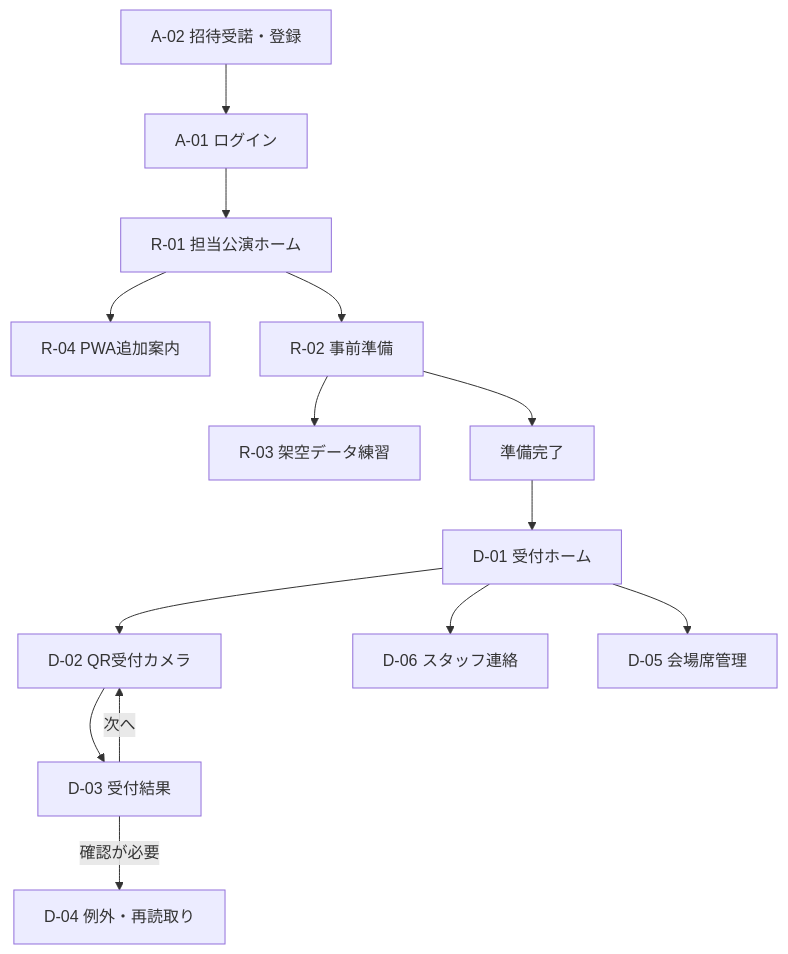
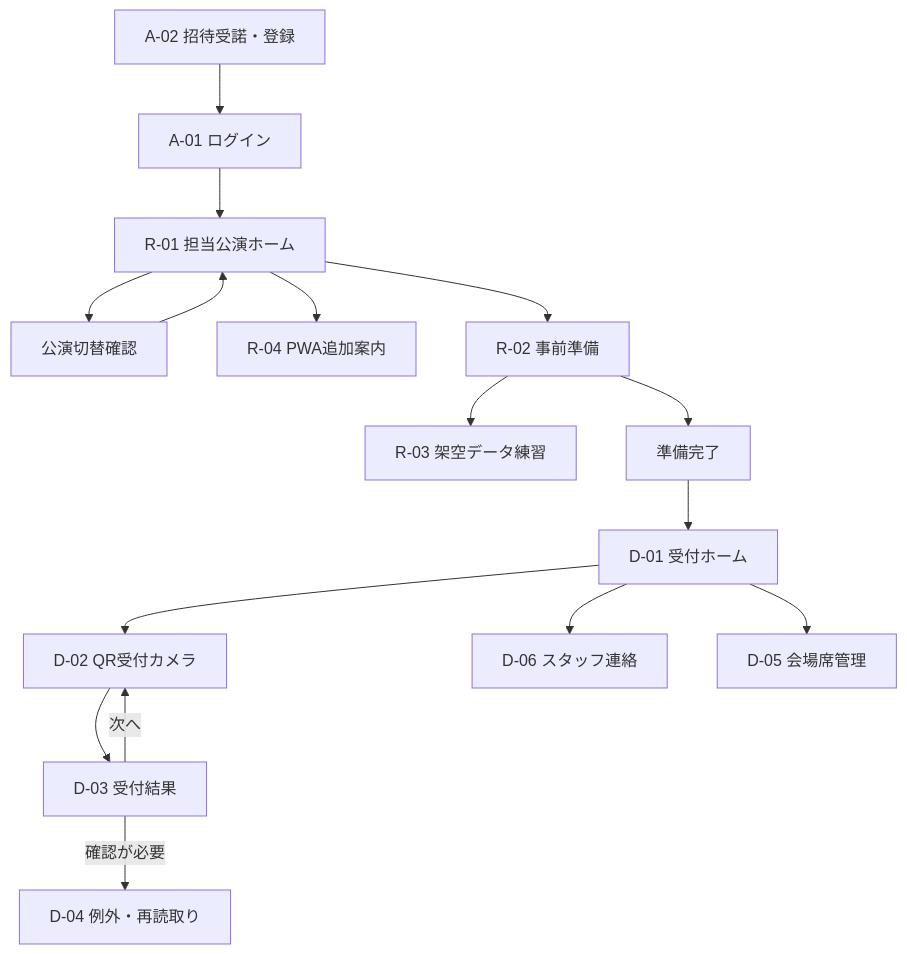
The second of 2 diagrams in docs/development/screen-flow-wireframe-design.md (EU0207/concert-reception-system), drawn with Mermaid before and after one commit. The commit also changed other lines of this file and 12 other files, not shown here.

````diff
--- a/docs/development/screen-flow-wireframe-design.md
+++ b/docs/development/screen-flow-wireframe-design.md
@@ -159,16 +162,18 @@
 ```mermaid
 flowchart TD
     Invite[A-02 招待受諾・登録] --> Login[A-01 ログイン]
     Login --> Home[R-01 担当公演ホーム]
+    Home --> Switch[公演切替確認]
+    Switch --> Home
     Home --> Install[R-04 PWA追加案内]
     Home --> Prepare[R-02 事前準備]
     Prepare --> Practice[R-03 架空データ練習]
     Prepare --> Ready[準備完了]
     Ready --> Reception[D-01 受付ホーム]
     Reception --> Camera[D-02 QR受付カメラ]
     Camera --> Result[D-03 受付結果]
     Result -->|次へ| Camera
     Result -->|確認が必要| Exception[D-04 例外・再読取り]
     Reception --> Notice[D-06 スタッフ連絡]
     Reception --> Seat[D-05 会場席管理]
 ```
````
